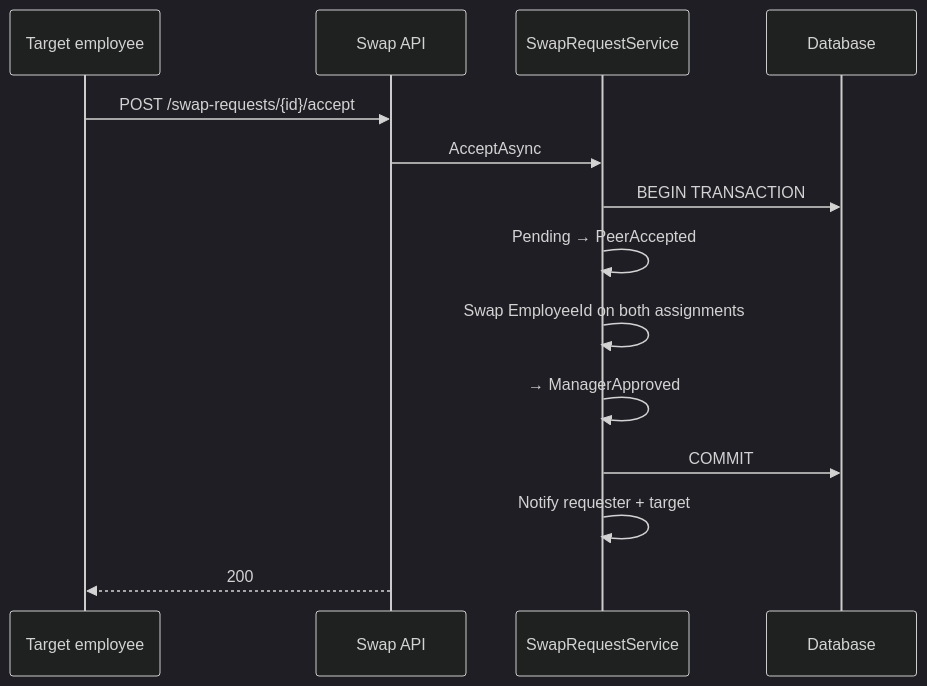
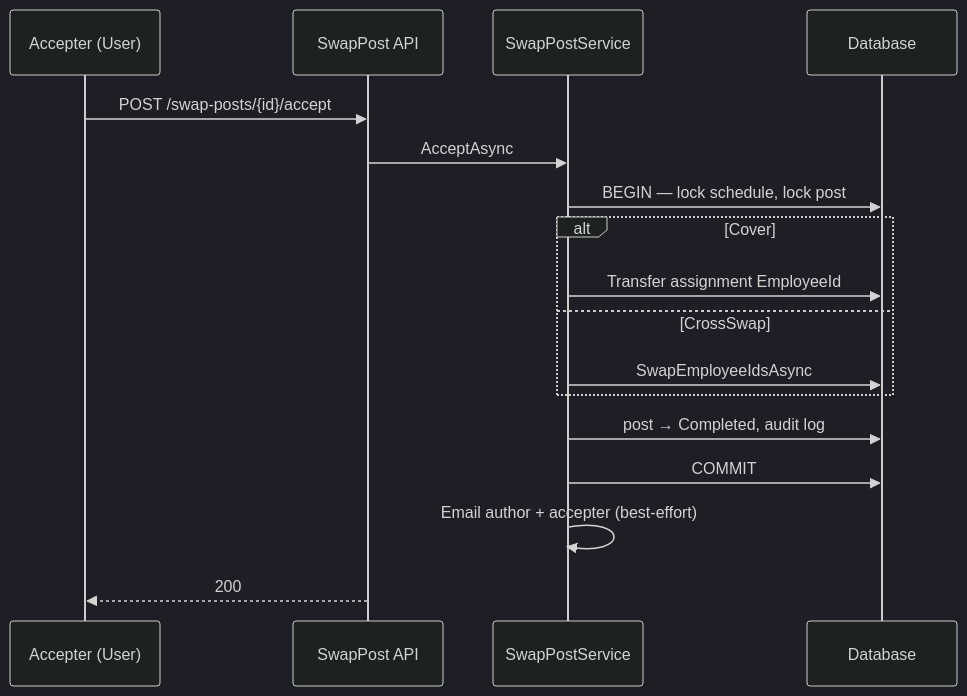
The ninth of 16 diagrams in docs/process-flows.md (darrenak403/wokki-server), drawn with Mermaid (dark theme) before and after one commit. The commit also changed other lines of this file and 86 other files, not shown here.

````diff
--- a/docs/process-flows.md
+++ b/docs/process-flows.md
@@ -163,17 +166,20 @@
 ```mermaid
 sequenceDiagram
-    participant T as Target employee
-    participant API as Swap API
-    participant S as SwapRequestService
+    participant B as Accepter (User)
+    participant API as SwapPost API
+    participant S as SwapPostService
     participant DB as Database
 
-    T->>API: POST /swap-requests/{id}/accept
+    B->>API: POST /swap-posts/{id}/accept
     API->>S: AcceptAsync
-    S->>DB: BEGIN TRANSACTION
-    S->>S: Pending → PeerAccepted
-    S->>S: Swap EmployeeId on both assignments
-    S->>S: → ManagerApproved
+    S->>DB: BEGIN — lock schedule, lock post
+    alt Cover
+        S->>DB: Transfer assignment EmployeeId
+    else CrossSwap
+        S->>DB: SwapEmployeeIdsAsync
+    end
+    S->>DB: post → Completed, audit log
     S->>DB: COMMIT
-    S->>S: Notify requester + target
-    API-->>T: 200
+    S->>S: Email author + accepter (best-effort)
+    API-->>B: 200
 ```
````
